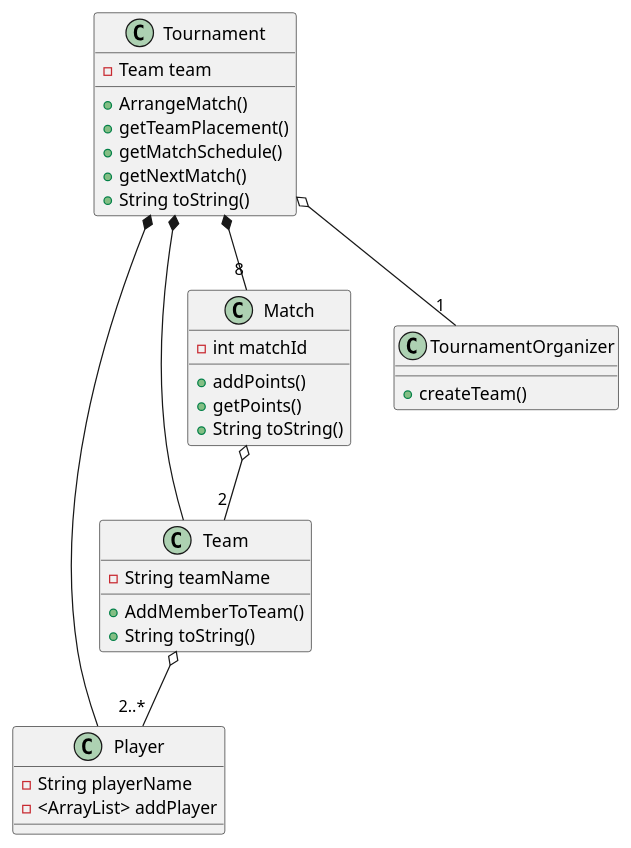
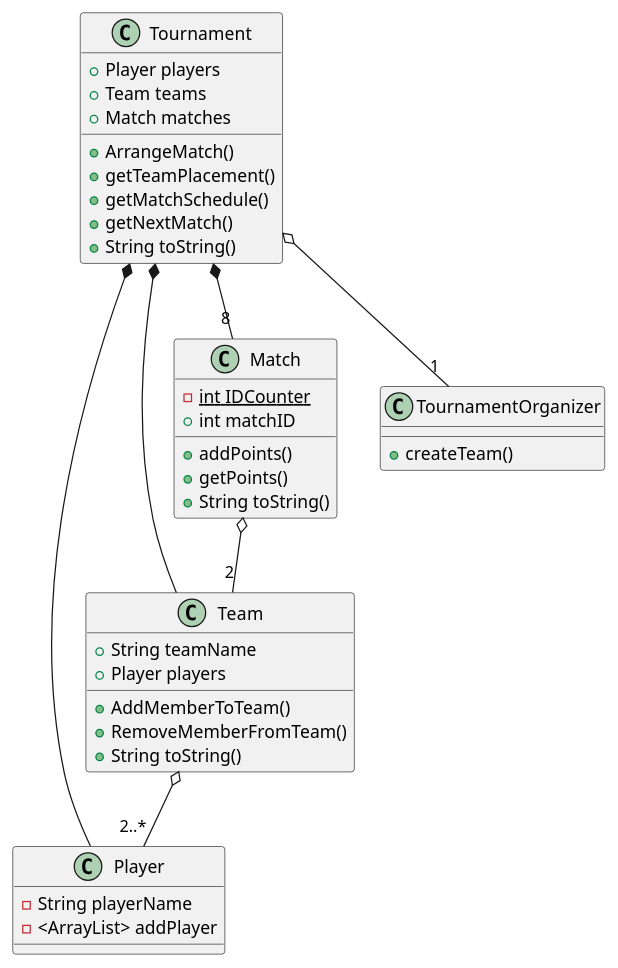
One commit to DeRp-DaWg/SP3 changed the diagram in doc/Class.puml. Above: the diagram before and after it, drawn with PlantUML.

Commit message:
Documentation

```diff
--- a/doc/Class.puml
+++ b/doc/Class.puml
@@ -1,42 +1,47 @@
 @startuml
 'https://plantuml.com/class-diagram
 
 class Player {
 -String playerName
 -<ArrayList> addPlayer
 }
 
 class Team {
--String teamName
++String teamName
++Player players
 +AddMemberToTeam()
++RemoveMemberFromTeam()
 +String toString()
 }
 
 class Match{
--int matchId
+-int {static} IDCounter
++int matchID
 +addPoints()
 +getPoints()
 +String toString()
 }
 
 class Tournament {
--Team team
++Player players
++Team teams
++Match matches
 +ArrangeMatch()
 +getTeamPlacement()
 +getMatchSchedule()
 +getNextMatch()
 +String toString()
 }
 
 class TournamentOrganizer {
 +createTeam()
 }
 
 Tournament o-- "1" TournamentOrganizer
 Tournament *-- "8" Match
 Tournament *-- Player
 Tournament *-- Team
 Match o-- "2" Team
 Team o-- "2..*" Player
 
 @enduml
```
